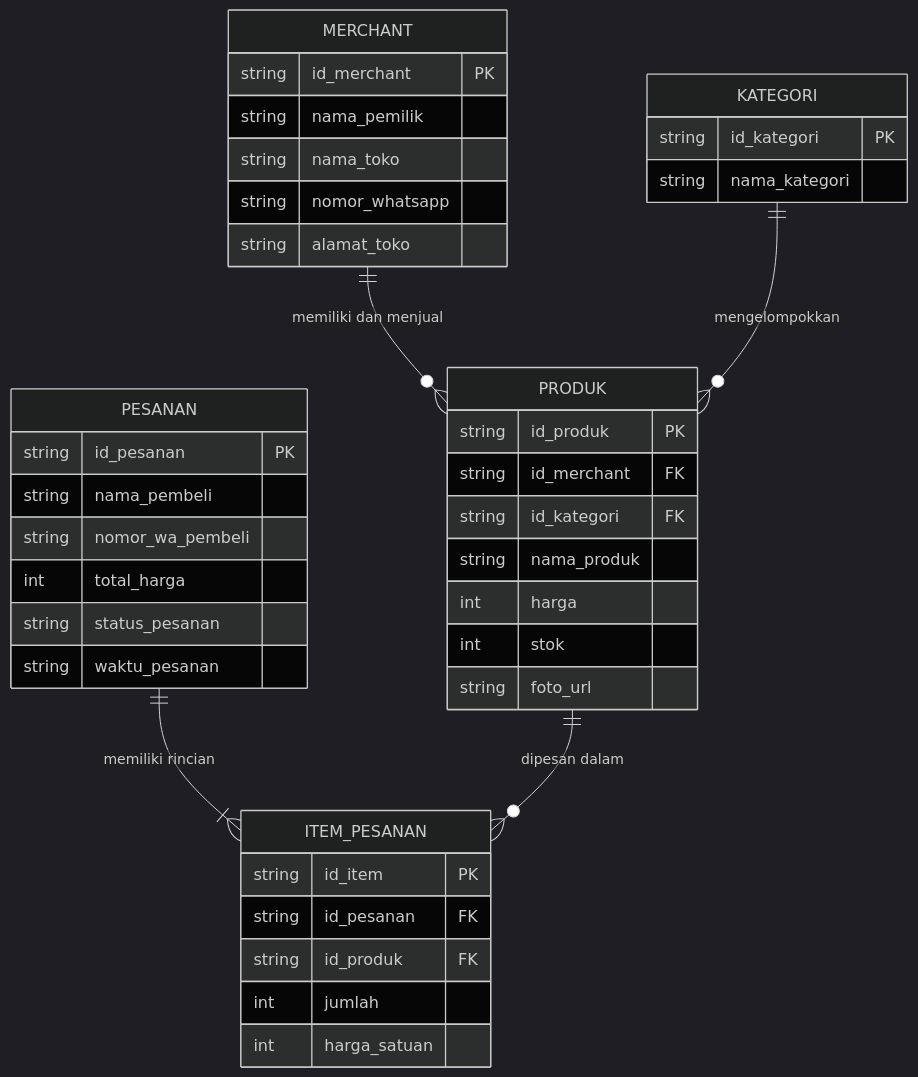
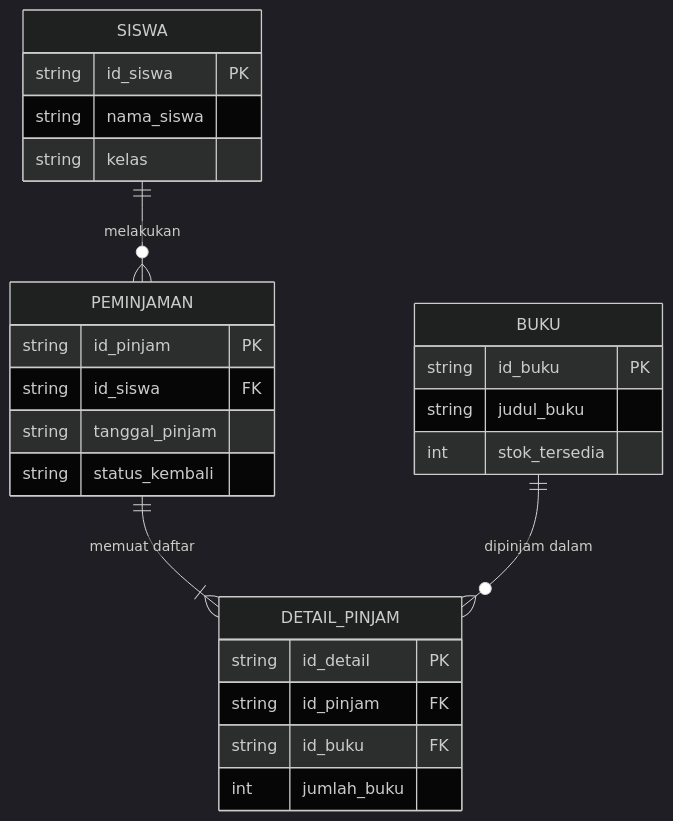
Before and after one commit to iqbaljlldn/modul_12_bulan: the diagram in 1-modul-pra-coding-bulan1/2-Computational-Thinking/02d-erd-dasar.md, drawn with Mermaid (dark theme). The commit also changed other lines of this file and 2 other files, not shown here.

Commit message:
docs: overhaul 02d ERD module with table comparisons, receipt simulation, and mentor answer key

````diff
--- a/1-modul-pra-coding-bulan1/2-Computational-Thinking/02d-erd-dasar.md
+++ b/1-modul-pra-coding-bulan1/2-Computational-Thinking/02d-erd-dasar.md
@@ -81,47 +153,32 @@
 ```mermaid
 erDiagram
-    MERCHANT ||--o{ PRODUK : "memiliki dan menjual"
-    KATEGORI ||--o{ PRODUK : "mengelompokkan"
-    PESANAN ||--|{ ITEM_PESANAN : "memiliki rincian"
-    PRODUK ||--o{ ITEM_PESANAN : "dipesan dalam"
+    SISWA ||--o{ PEMINJAMAN : "melakukan"
+    PEMINJAMAN ||--|{ DETAIL_PINJAM : "memuat daftar"
+    BUKU ||--o{ DETAIL_PINJAM : "dipinjam dalam"
 
-    MERCHANT {
-        string id_merchant PK
-        string nama_pemilik
-        string nama_toko
-        string nomor_whatsapp
-        string alamat_toko
+    SISWA {
+        string id_siswa PK
+        string nama_siswa
+        string kelas
     }
 
-    KATEGORI {
-        string id_kategori PK
-        string nama_kategori
+    BUKU {
+        string id_buku PK
+        string judul_buku
+        int stok_tersedia
     }
 
-    PRODUK {
-        string id_produk PK
-        string id_merchant FK
-        string id_kategori FK
-        string nama_produk
-        int harga
-        int stok
-        string foto_url
+    PEMINJAMAN {
+        string id_pinjam PK
+        string id_siswa FK
+        string tanggal_pinjam
+        string status_kembali
     }
 
-    PESANAN {
-        string id_pesanan PK
-        string nama_pembeli
-        string nomor_wa_pembeli
-        int total_harga
-        string status_pesanan
-        string waktu_pesanan
-    }
-
-    ITEM_PESANAN {
-        string id_item PK
-        string id_pesanan FK
-        string id_produk FK
-        int jumlah
-        int harga_satuan
+    DETAIL_PINJAM {
+        string id_detail PK
+        string id_pinjam FK
+        string id_buku FK
+        int jumlah_buku
     }
 ```
````
